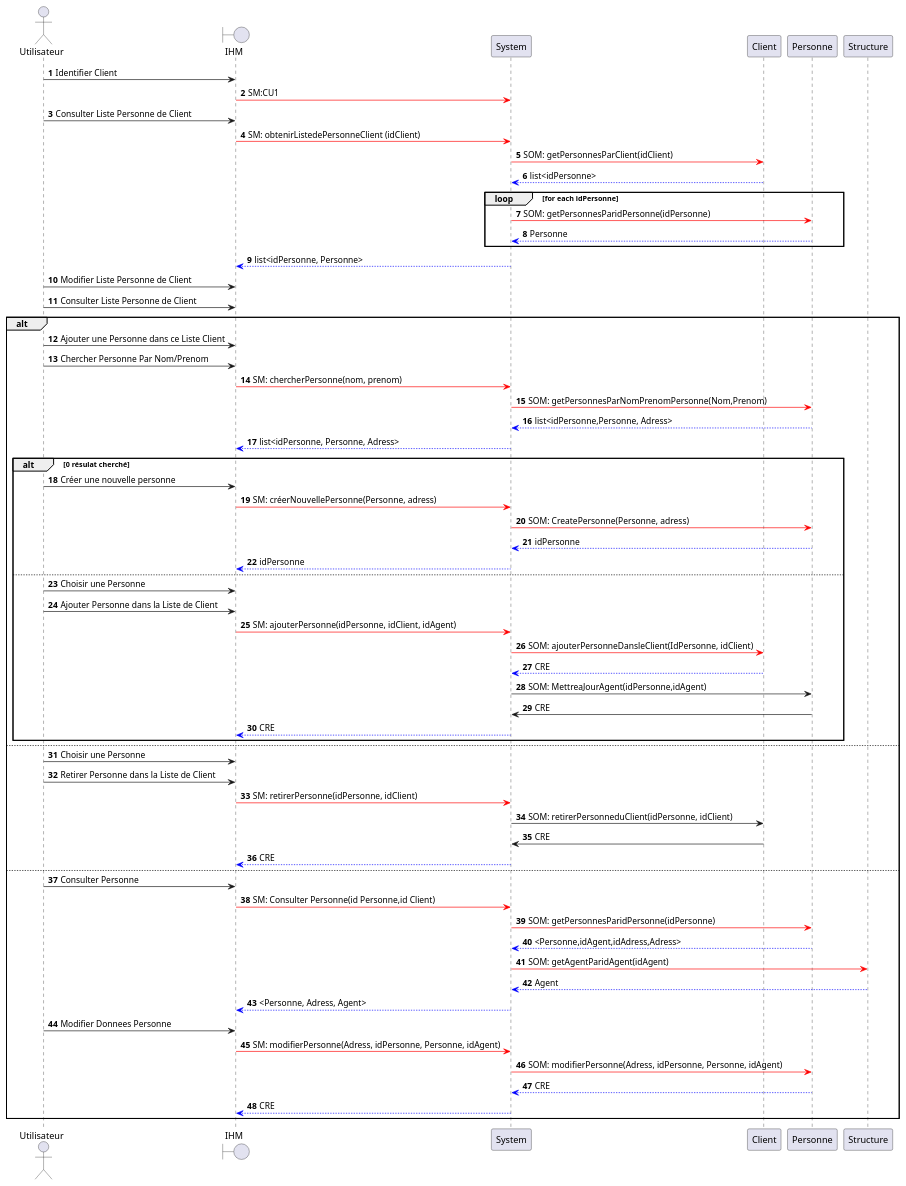
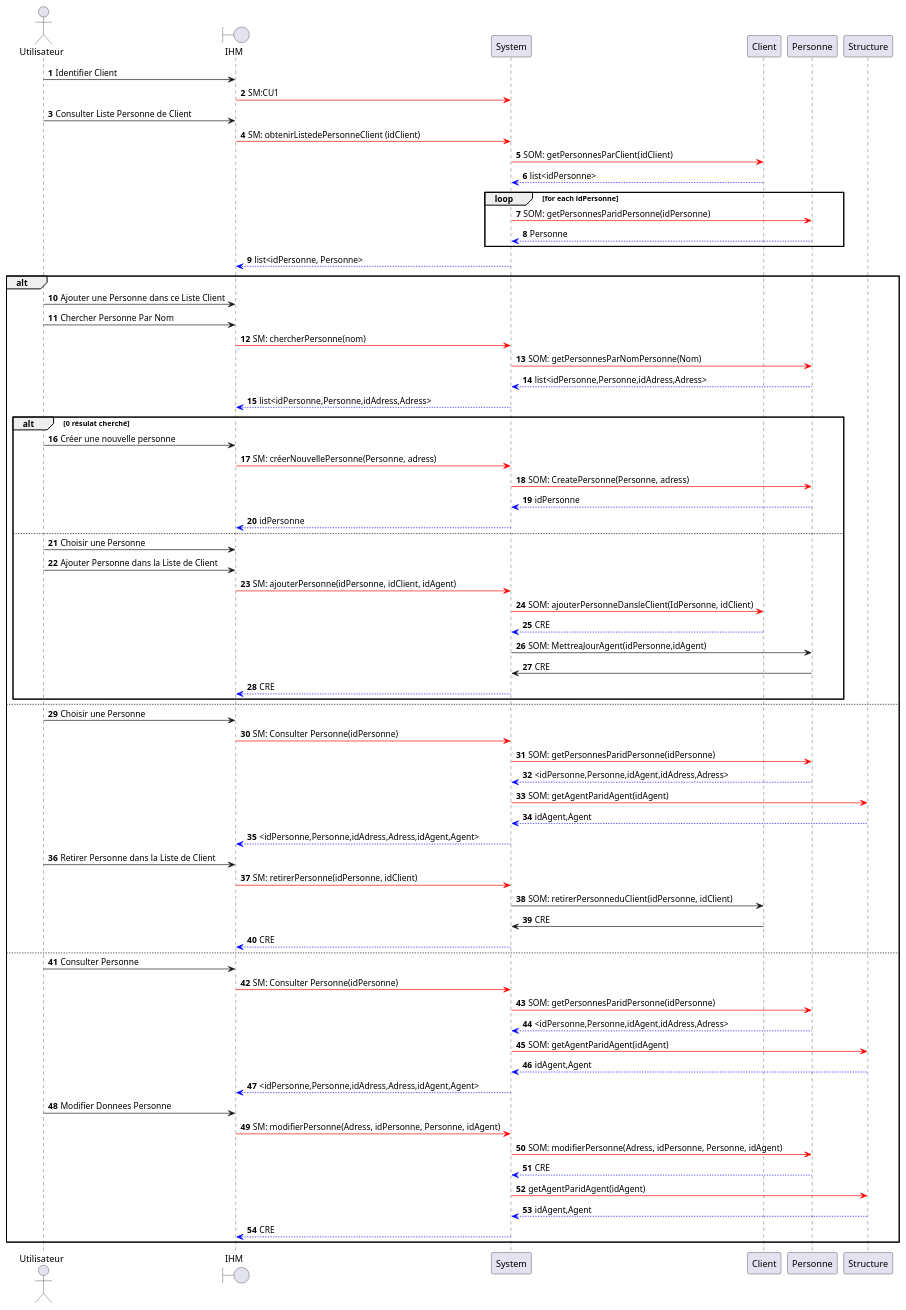
The diagram in src/documentation/CU2-DSD.puml (HZjiadong/PLD-MARS), drawn with PlantUML before and after one commit. The commit also changed 1 other file, not shown here.

```diff
--- a/src/documentation/CU2-DSD.puml
+++ b/src/documentation/CU2-DSD.puml
@@ -1,76 +1,84 @@
 @startuml
 
 actor Utilisateur as U
 boundary IHM as I
 participant System as S
 participant Client as C
 participant Personne as P
 participant Structure as Str
 
 '在personne和Contact之间添加一个association 来储存最后一个modifier/ajouter 的Contact的Id
 autonumber
 
 U->I: Identifier Client
     I-[#red]>S: SM:CU1
 
 U->I: Consulter Liste Personne de Client
     I-[#red]>S: SM: obtenirListedePersonneClient (idClient)
         S-[#red]>C: SOM: getPersonnesParClient(idClient)
         C-[#0000FF]->S: list<idPersonne>
         loop for each idPersonne
         S-[#red]>P: SOM: getPersonnesParidPersonne(idPersonne)
         P-[#0000FF]->S: Personne
         end
 
     S-[#0000FF]->I: list<idPersonne, Personne>
 
 
-U->I: Modifier Liste Personne de Client
-U->I: Consulter Liste Personne de Client
+'U->I: Modifier Liste Personne de Client
+'U->I: Consulter Liste Personne de Client
 alt
     U->I: Ajouter une Personne dans ce Liste Client
 
-    U->I: Chercher Personne Par Nom/Prenom
-        I-[#red]>S: SM: chercherPersonne(nom, prenom)
-            S-[#red]>P: SOM: getPersonnesParNomPrenomPersonne(Nom,Prenom)
-            P-[#0000FF]->S: list<idPersonne,Personne, Adress>
-        S-[#0000FF]->I: list<idPersonne, Personne, Adress>
+    U->I: Chercher Personne Par Nom
+        I-[#red]>S: SM: chercherPersonne(nom)
+            S-[#red]>P: SOM: getPersonnesParNomPersonne(Nom)
+            P-[#0000FF]->S: list<idPersonne,Personne,idAdress,Adress>
+        S-[#0000FF]->I: list<idPersonne,Personne,idAdress,Adress>
     alt  0 résulat cherché
     U->I: Créer une nouvelle personne
         I-[#red]>S: SM: créerNouvellePersonne(Personne, adress)
                 S-[#red]>P: SOM: CreatePersonne(Personne, adress)
                 P-[#0000FF]->S: idPersonne
         S-[#0000FF]->I: idPersonne
     else
     U->I: Choisir une Personne
-
     U->I: Ajouter Personne dans la Liste de Client
         I-[#red]>S: SM: ajouterPersonne(idPersonne, idClient, idAgent)
             S-[#red]>C: SOM: ajouterPersonneDansleClient(IdPersonne, idClient)
             C-[#0000FF]->S: CRE
             S->P: SOM: MettreaJourAgent(idPersonne,idAgent)
             P->S: CRE
         S-[#0000FF]->I: CRE
     end
 else
     U->I: Choisir une Personne
+    I-[#red]>S: SM: Consulter Personne(idPersonne)
+        S-[#red]>P: SOM: getPersonnesParidPersonne(idPersonne)
+        P-[#0000FF]->S: <idPersonne,Personne,idAgent,idAdress,Adress>
+        S-[#red]>Str: SOM: getAgentParidAgent(idAgent)
+        Str-[#0000FF]->S: idAgent,Agent
+    S-[#0000FF]->I: <idPersonne,Personne,idAdress,Adress,idAgent,Agent>
+
     U->I: Retirer Personne dans la Liste de Client
         I-[#red]>S: SM: retirerPersonne(idPersonne, idClient)
             S->C: SOM: retirerPersonneduClient(idPersonne, idClient)
             C->S: CRE
         S-[#0000FF]->I: CRE
 else
     U->I: Consulter Personne
-        I-[#red]>S: SM: Consulter Personne(id Personne,id Client)
+        I-[#red]>S: SM: Consulter Personne(idPersonne)
             S-[#red]>P: SOM: getPersonnesParidPersonne(idPersonne)
-            P-[#0000FF]->S: <Personne,idAgent,idAdress,Adress>
+            P-[#0000FF]->S: <idPersonne,Personne,idAgent,idAdress,Adress>
             S-[#red]>Str: SOM: getAgentParidAgent(idAgent)
-            Str-[#0000FF]->S: Agent
-        S-[#0000FF]->I: <Personne, Adress, Agent>
+            Str-[#0000FF]->S: idAgent,Agent
+        S-[#0000FF]->I: <idPersonne,Personne,idAdress,Adress,idAgent,Agent>
     U->I: Modifier Donnees Personne
         I-[#red]>S: SM: modifierPersonne(Adress, idPersonne, Personne, idAgent)
             S-[#red]>P: SOM: modifierPersonne(Adress, idPersonne, Personne, idAgent)
             P-[#0000FF]->S: CRE
+            S-[#red]>Str: getAgentParidAgent(idAgent)
+            Str-[#0000FF]->S: idAgent,Agent
         S-[#0000FF]->I: CRE
 end
 @enduml
```
